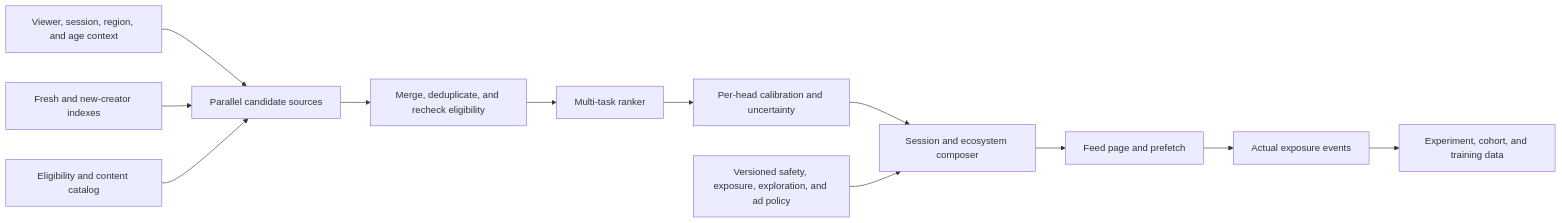
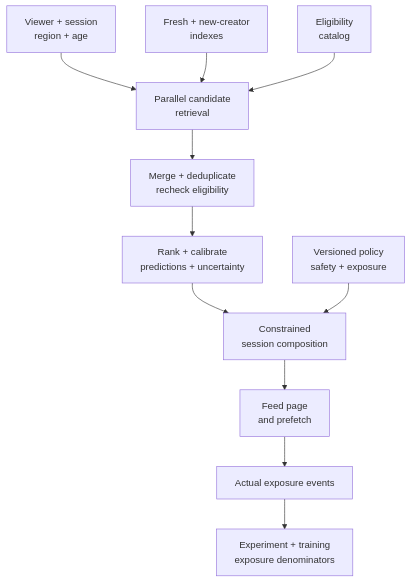
The second of 2 diagrams in src/content/posts/2026-08-29-annotated-ecosystem-strategy-mock.md (mlmentorship/mlmentorship.github.io), drawn with Mermaid before and after one commit. The commit also changed other lines of this file and 302 other files, not shown here.

````diff
--- a/src/content/posts/2026-08-29-annotated-ecosystem-strategy-mock.md
+++ b/src/content/posts/2026-08-29-annotated-ecosystem-strategy-mock.md
@@ -165,14 +169,16 @@
 ```mermaid
-flowchart LR
-  Context[Viewer, session, region, and age context] --> Sources[Parallel candidate sources]
-  Fresh[Fresh and new-creator indexes] --> Sources
-  Catalog[Eligibility and content catalog] --> Sources
-  Sources --> Merge[Merge, deduplicate, and recheck eligibility]
-  Merge --> Rank[Multi-task ranker]
-  Rank --> Cal[Per-head calibration and uncertainty]
-  Cal --> Compose[Session and ecosystem composer]
-  Policy[Versioned safety, exposure, exploration, and ad policy] --> Compose
-  Compose --> Feed[Feed page and prefetch]
-  Feed --> Exposure[Actual exposure events]
-  Exposure --> Evidence[Experiment, cohort, and training data]
+flowchart TB
+  accTitle: The serving path narrows eligible candidates into actual exposure
+  accDescr: Context and fresh indexes feed candidate retrieval, which is merged and checked before ranking, calibration, and policy-constrained composition. Only the displayed feed produces actual exposure events. Those events, not every retrieved candidate, enter experiment and training evidence.
+  Context["Viewer + session<br/>region + age"] --> Sources["Parallel candidate<br/>retrieval"]
+  Fresh["Fresh + new-creator<br/>indexes"] --> Sources
+  Catalog["Eligibility<br/>catalog"] --> Sources
+  Sources --> Merge["Merge + deduplicate<br/>recheck eligibility"]
+  Merge --> Rank["Rank + calibrate<br/>predictions + uncertainty"]
+  Rank --> Compose["Constrained<br/>session composition"]
+  Policy["Versioned policy<br/>safety + exposure"] --> Compose
+  Compose --> Feed["Feed page<br/>and prefetch"]
+  Feed --> Exposure["Actual exposure events"]
+  Exposure --> Evidence["Experiment + training<br/>exposure denominators"]
+  class Context,Fresh,Catalog,Sources,Merge,Rank,Compose,Policy,Feed,Exposure,Evidence viz-fit
 ```
````
